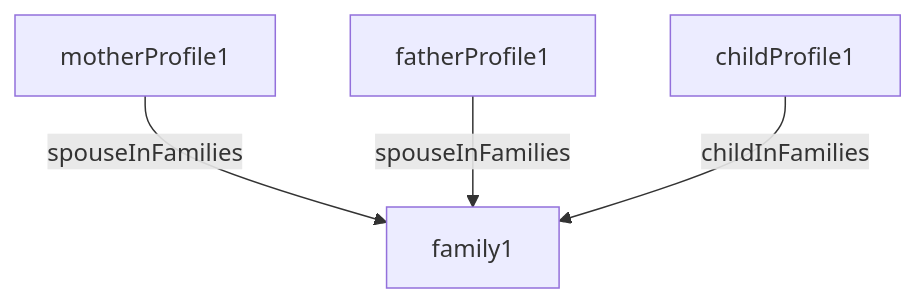
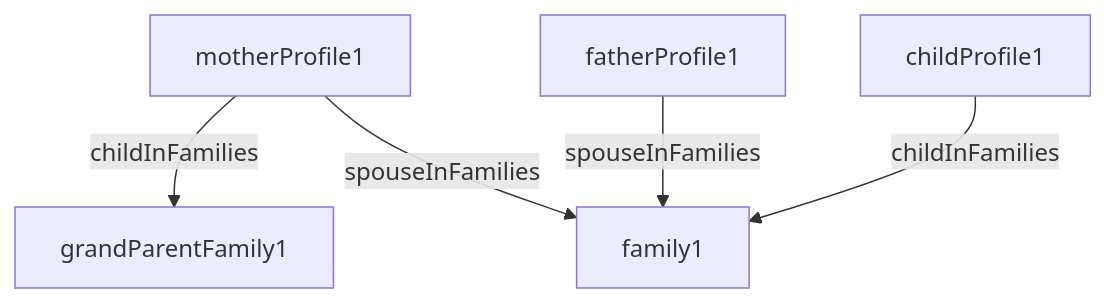
One commit to Ekmansoft/family-tree-model changed the second of 2 diagrams in README.md. Above: the diagram before and after it, drawn with Mermaid. The commit also changed other lines of this file, not shown here.

Commit message:
Add grandparent family

````diff
--- a/README.md
+++ b/README.md
@@ -62,6 +63,7 @@
 ``` mermaid
   graph TD;
+      motherProfile1-->|childInFamilies|grandParentFamily1;
       motherProfile1-->|spouseInFamilies|family1;
       fatherProfile1-->|spouseInFamilies|family1;
       childProfile1-->|childInFamilies|family1;
 ```
````
